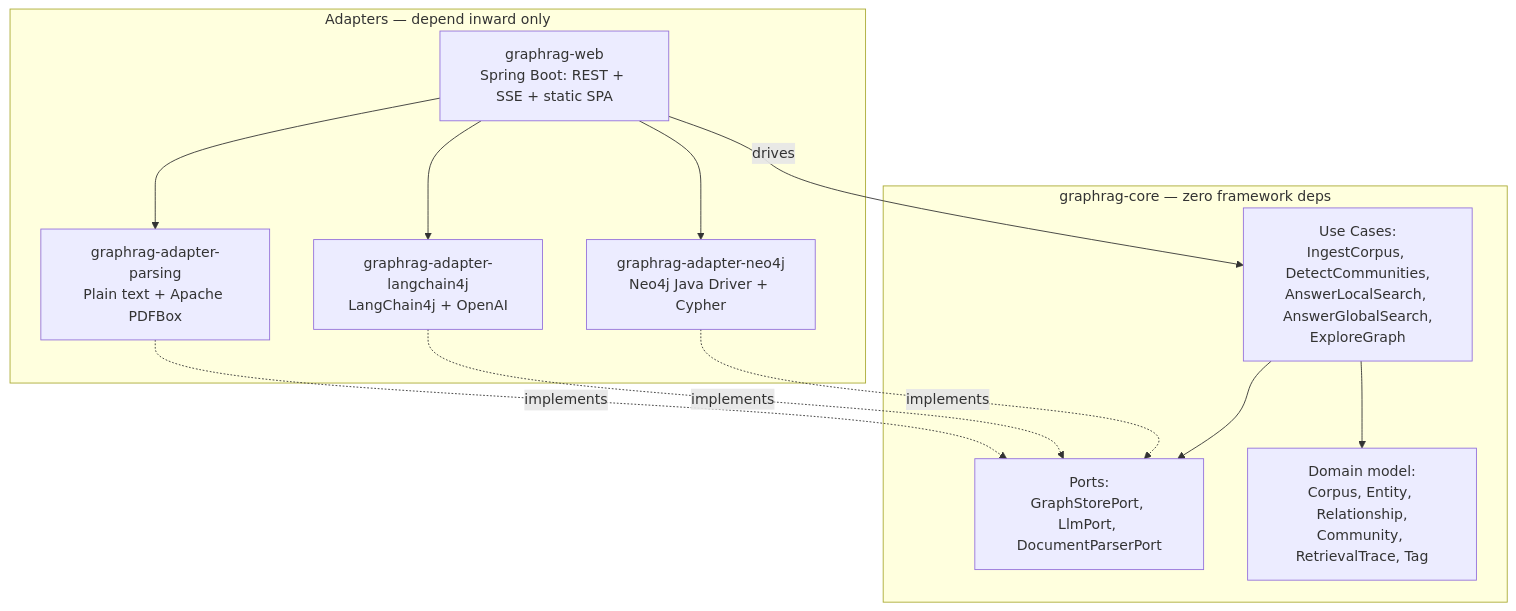
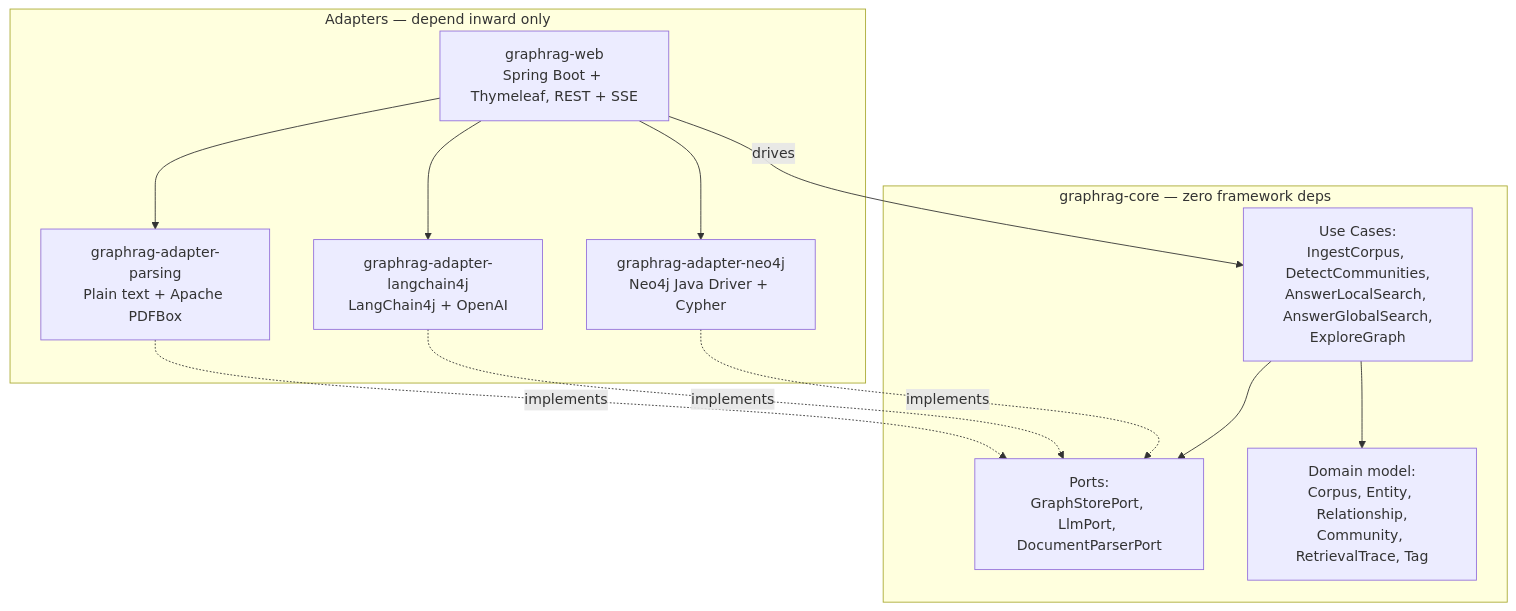
The first of 3 diagrams in _bmad-output/planning-artifacts/architecture/architecture-graph-rag-visualisation-2026-09-19/ARCHITECTURE-SPINE.md (JohannesRabauer/graph-rag-visualisation), drawn with Mermaid before and after one commit. The commit also changed other lines of this file and 1 other file, not shown here.

First line of the commit message:
Finalize GraphRAG Lens architecture spine

````diff
--- a/_bmad-output/planning-artifacts/architecture/architecture-graph-rag-visualisation-2026-09-19/ARCHITECTURE-SPINE.md
+++ b/_bmad-output/planning-artifacts/architecture/architecture-graph-rag-visualisation-2026-09-19/ARCHITECTURE-SPINE.md
@@ -29,23 +29,23 @@
 ```mermaid
 graph TD
     subgraph Adapters [Adapters — depend inward only]
-        Web[graphrag-web<br/>Spring Boot: REST + SSE + static SPA]
+        Web[graphrag-web<br/>Spring Boot + Thymeleaf, REST + SSE]
         Neo4jAdapter[graphrag-adapter-neo4j<br/>Neo4j Java Driver + Cypher]
         LlmAdapter[graphrag-adapter-langchain4j<br/>LangChain4j + OpenAI]
         ParseAdapter[graphrag-adapter-parsing<br/>Plain text + Apache PDFBox]
     end
     subgraph Core [graphrag-core — zero framework deps]
         UseCases[Use Cases:<br/>IngestCorpus, DetectCommunities,<br/>AnswerLocalSearch, AnswerGlobalSearch,<br/>ExploreGraph]
         Ports[Ports:<br/>GraphStorePort, LlmPort, DocumentParserPort]
         Domain[Domain model:<br/>Corpus, Entity, Relationship,<br/>Community, RetrievalTrace, Tag]
     end
     Web -->|drives| UseCases
     UseCases --> Ports
     UseCases --> Domain
     Neo4jAdapter -.implements.-> Ports
     LlmAdapter -.implements.-> Ports
     ParseAdapter -.implements.-> Ports
     Web --> Neo4jAdapter
     Web --> LlmAdapter
     Web --> ParseAdapter
 ```
````
